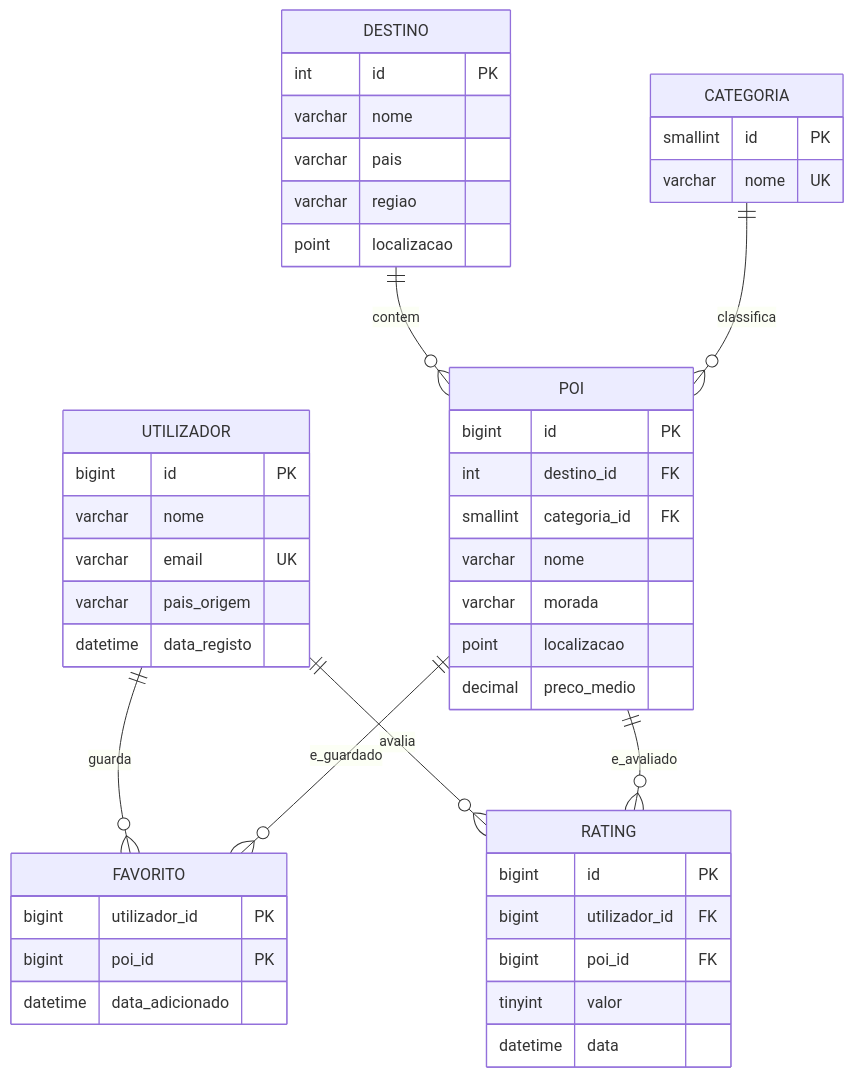
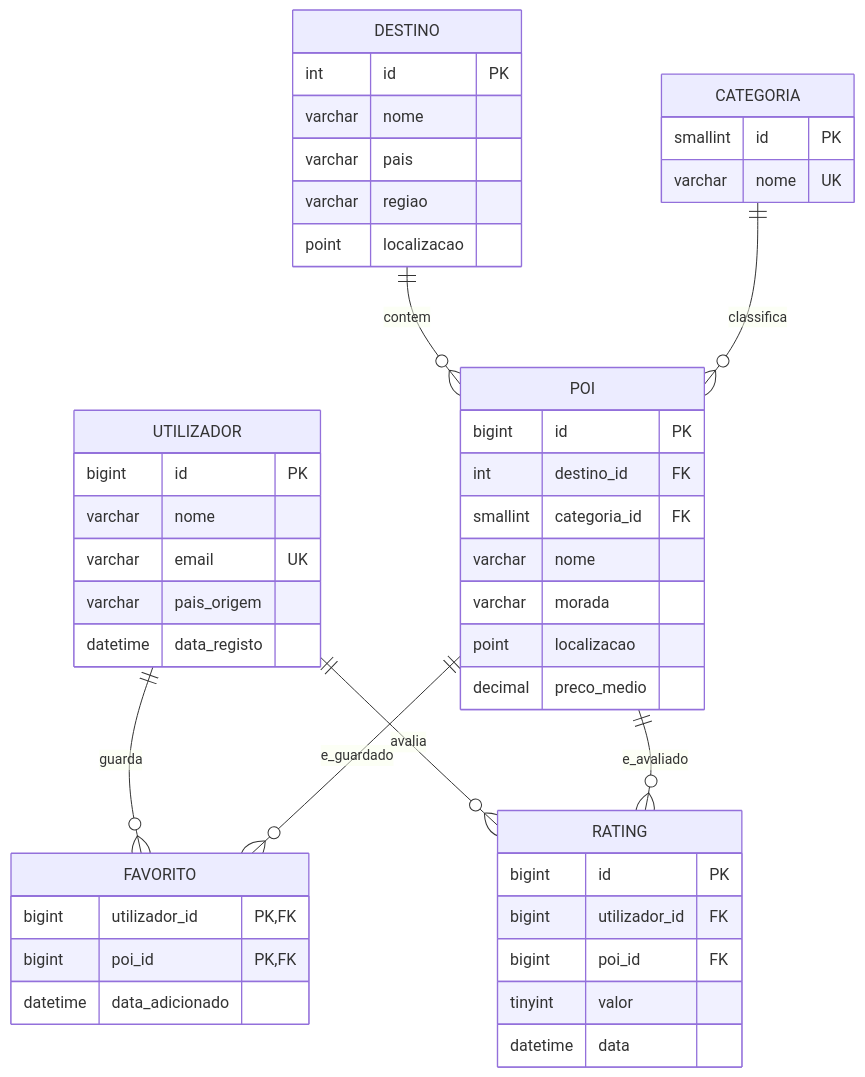
One commit to 1231478-Ellah-Fleischmann/Class-M1A_Group-10-TABDD changed the diagram in docs/parte1/mysql_er.md. Above: the diagram before and after it, drawn with Mermaid. The commit also changed other lines of this file, not shown here.

Commit message:
alteração no ficheiro

````diff
--- a/docs/parte1/mysql_er.md
+++ b/docs/parte1/mysql_er.md
@@ -3,37 +3,49 @@
 ```mermaid
 erDiagram
-  DESTINO   ||--o{ POI        : contem
-  CATEGORIA ||--o{ POI        : classifica
+  DESTINO    ||--o{ POI       : contem
+  CATEGORIA  ||--o{ POI       : classifica
   UTILIZADOR ||--o{ FAVORITO  : guarda
   POI        ||--o{ FAVORITO  : e_guardado
   UTILIZADOR ||--o{ RATING    : avalia
   POI        ||--o{ RATING    : e_avaliado
 
-  UTILIZADOR { bigint id PK
+  UTILIZADOR {
+    bigint id PK
     varchar nome
     varchar email UK
     varchar pais_origem
-    datetime data_registo }
-  DESTINO { int id PK
+    datetime data_registo
+  }
+  DESTINO {
+    int id PK
     varchar nome
     varchar pais
     varchar regiao
-    point localizacao }
-  CATEGORIA { smallint id PK
-    varchar nome UK }
-  POI { bigint id PK
+    point localizacao
+  }
+  CATEGORIA {
+    smallint id PK
+    varchar nome UK
+  }
+  POI {
+    bigint id PK
     int destino_id FK
     smallint categoria_id FK
     varchar nome
     varchar morada
     point localizacao
-    decimal preco_medio }
-  FAVORITO { bigint utilizador_id PK
-    bigint poi_id PK
-    datetime data_adicionado }
-  RATING { bigint id PK
+    decimal preco_medio
+  }
+  FAVORITO {
+    bigint utilizador_id PK, FK
+    bigint poi_id PK, FK
+    datetime data_adicionado
+  }
+  RATING {
+    bigint id PK
     bigint utilizador_id FK
     bigint poi_id FK
     tinyint valor
-    datetime data }
+    datetime data
+  }
 ```
````
